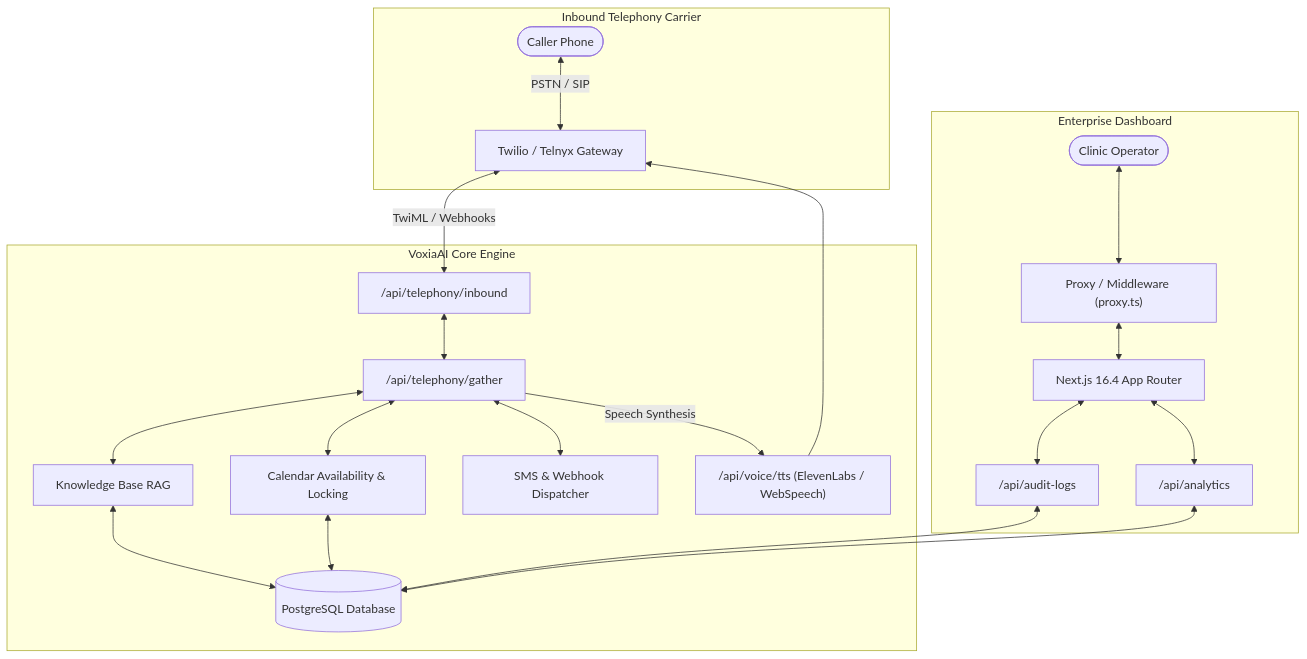
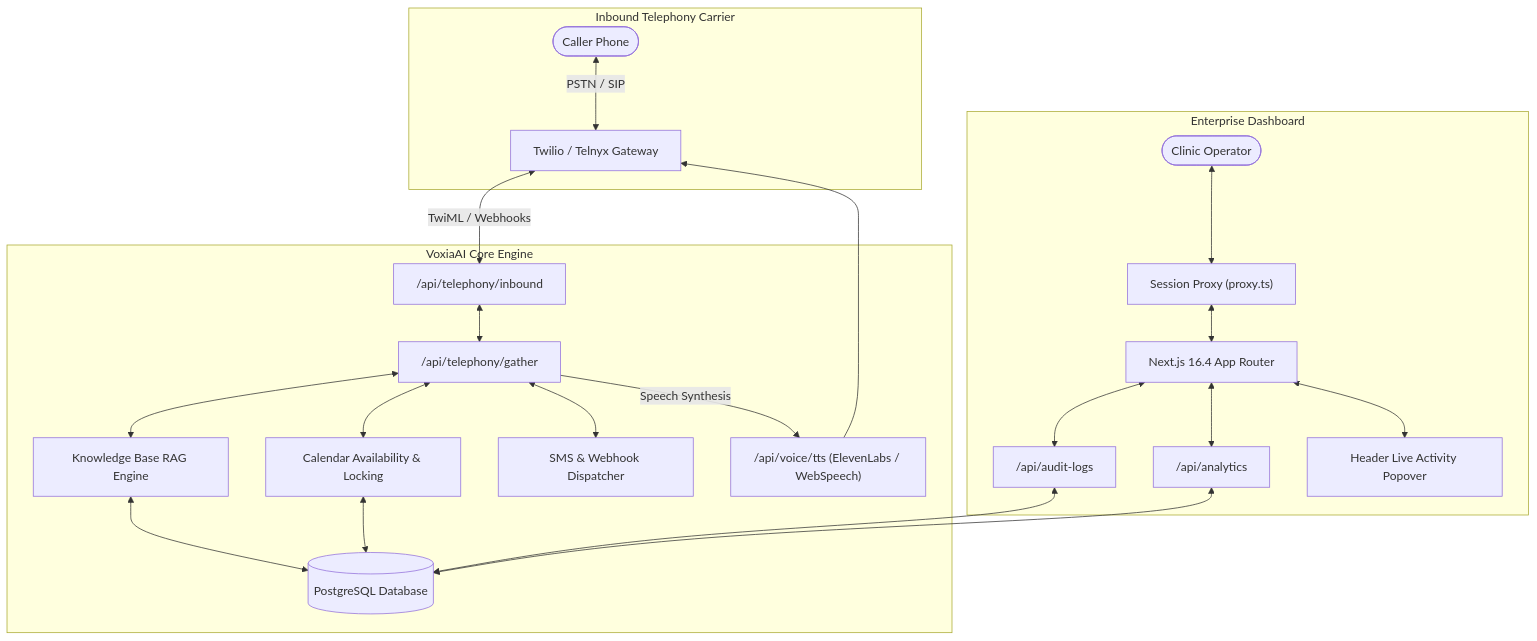
Before and after one commit to abhishekgautam95/VoxiaAI: the diagram in README.md, drawn with Mermaid. The commit also changed other lines of this file, not shown here.

Commit message:
docs: expand README with benchmark metrics, updated architecture, and repository directory tree

````diff
--- a/README.md
+++ b/README.md
@@ -43,30 +56,31 @@
 ```mermaid
 flowchart TD
     subgraph Telecom [Inbound Telephony Carrier]
         Caller([Caller Phone]) <-->|PSTN / SIP| Twilio[Twilio / Telnyx Gateway]
     end
 
     subgraph Platform [VoxiaAI Core Engine]
         Twilio <-->|TwiML / Webhooks| InboundRouter["/api/telephony/inbound"]
         InboundRouter <--> GatherRouter["/api/telephony/gather"]
         
-        GatherRouter <--> RAGEngine[Knowledge Base RAG]
+        GatherRouter <--> RAGEngine[Knowledge Base RAG Engine]
         GatherRouter <--> CalendarEngine[Calendar Availability & Locking]
         GatherRouter <--> Notifications[SMS & Webhook Dispatcher]
         
         RAGEngine <--> PostgreSQL[(PostgreSQL Database)]
         CalendarEngine <--> PostgreSQL
         
         GatherRouter -->|Speech Synthesis| VoiceTTS["/api/voice/tts (ElevenLabs / WebSpeech)"]
         VoiceTTS --> Twilio
     end
 
     subgraph Administration [Enterprise Dashboard]
-        Admin([Clinic Operator]) <--> SessionProxy["Proxy / Middleware (proxy.ts)"]
+        Admin([Clinic Operator]) <--> SessionProxy["Session Proxy (proxy.ts)"]
         SessionProxy <--> NextDashboard["Next.js 16.4 App Router"]
         NextDashboard <--> AuditLogger["/api/audit-logs"]
         NextDashboard <--> AnalyticsEngine["/api/analytics"]
+        NextDashboard <--> NotifsCenter["Header Live Activity Popover"]
         AuditLogger <--> PostgreSQL
         AnalyticsEngine <--> PostgreSQL
     end
 ```
````
